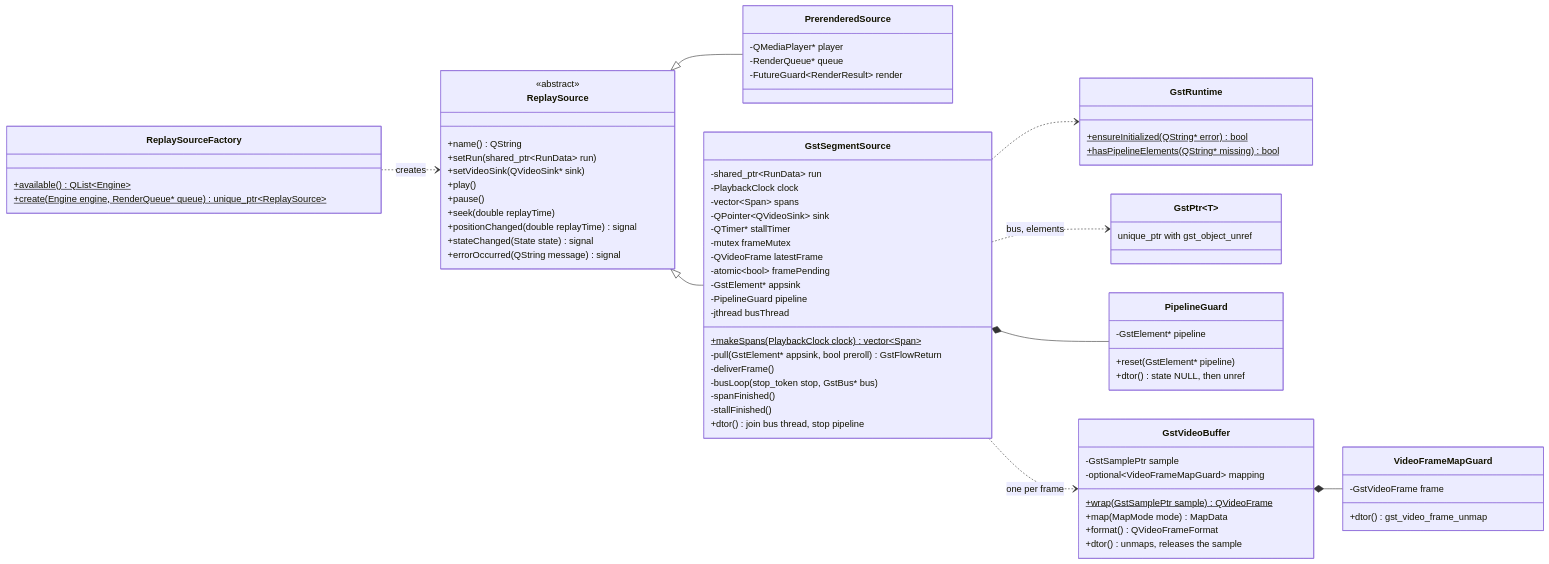
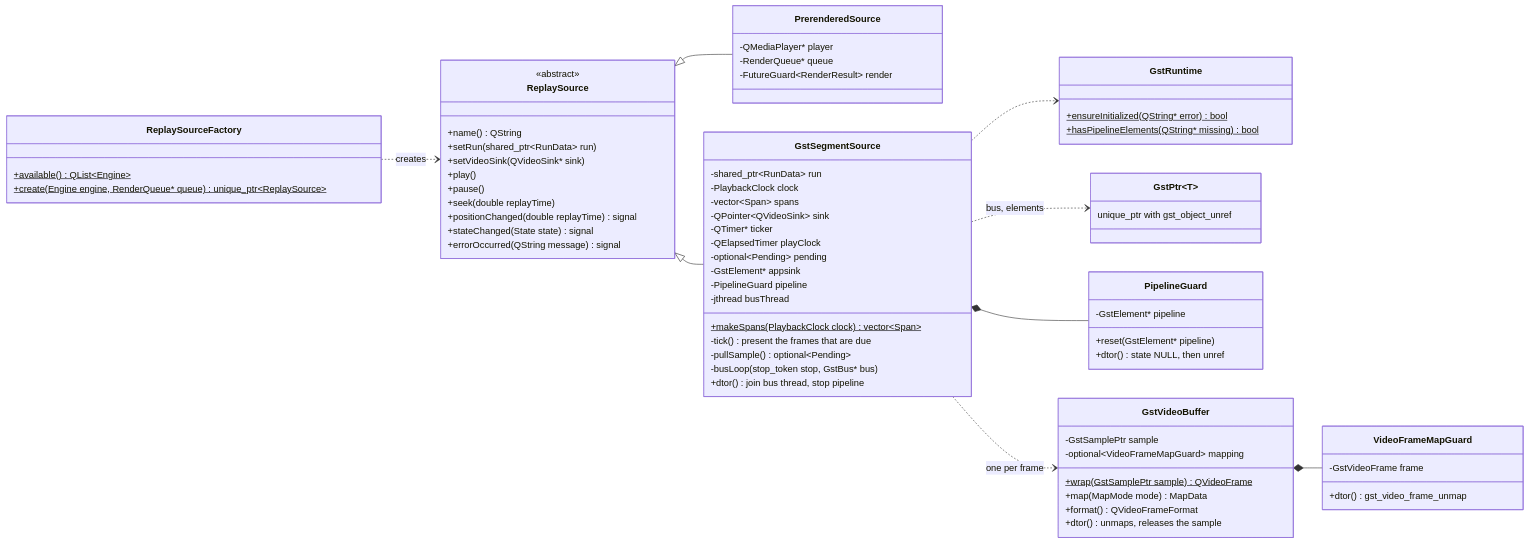
One commit to muhammadadeelzahid/replay-lab changed the second of 4 diagrams in docs/diagrams.md. Above: the diagram before and after it, drawn with Mermaid. The commit also changed other lines of this file and 32 other files, not shown here.

````diff
--- a/docs/diagrams.md
+++ b/docs/diagrams.md
@@ -201,78 +201,76 @@
 ```mermaid
 classDiagram
   direction LR
 
   class ReplaySource {
     <<abstract>>
     +name() QString
     +setRun(shared_ptr~RunData~ run)
     +setVideoSink(QVideoSink* sink)
     +play()
     +pause()
     +seek(double replayTime)
     +positionChanged(double replayTime) signal
     +stateChanged(State state) signal
     +errorOccurred(QString message) signal
   }
   class PrerenderedSource {
     -QMediaPlayer* player
     -RenderQueue* queue
     -FutureGuard~RenderResult~ render
   }
   class GstSegmentSource {
     -shared_ptr~RunData~ run
     -PlaybackClock clock
     -vector~Span~ spans
     -QPointer~QVideoSink~ sink
-    -QTimer* stallTimer
-    -mutex frameMutex
-    -QVideoFrame latestFrame
-    -atomic~bool~ framePending
+    -QTimer* ticker
+    -QElapsedTimer playClock
+    -optional~Pending~ pending
     -GstElement* appsink
     -PipelineGuard pipeline
     -jthread busThread
     +makeSpans(PlaybackClock clock)$ vector~Span~
-    -pull(GstElement* appsink, bool preroll) GstFlowReturn
-    -deliverFrame()
+    -tick() present the frames that are due
+    -pullSample() optional~Pending~
     -busLoop(stop_token stop, GstBus* bus)
-    -spanFinished()
-    -stallFinished()
     +dtor() join bus thread, stop pipeline
   }
+
   class ReplaySourceFactory {
     +available()$ QList~Engine~
     +create(Engine engine, RenderQueue* queue)$ unique_ptr~ReplaySource~
   }
   class GstRuntime {
     +ensureInitialized(QString* error)$ bool
     +hasPipelineElements(QString* missing)$ bool
   }
   class GstPtr~T~ {
     unique_ptr with gst_object_unref
   }
   class PipelineGuard {
     -GstElement* pipeline
     +reset(GstElement* pipeline)
     +dtor() state NULL, then unref
   }
   class GstVideoBuffer {
     -GstSamplePtr sample
     -optional~VideoFrameMapGuard~ mapping
     +wrap(GstSamplePtr sample)$ QVideoFrame
     +map(MapMode mode) MapData
     +format() QVideoFrameFormat
     +dtor() unmaps, releases the sample
   }
   class VideoFrameMapGuard {
     -GstVideoFrame frame
     +dtor() gst_video_frame_unmap
   }
   ReplaySource <|-- PrerenderedSource
   ReplaySource <|-- GstSegmentSource
   ReplaySourceFactory ..> ReplaySource : creates
   GstSegmentSource ..> GstRuntime
   GstSegmentSource *-- PipelineGuard
   GstSegmentSource ..> GstVideoBuffer : one per frame
   GstVideoBuffer *-- VideoFrameMapGuard
   GstSegmentSource ..> GstPtr : bus, elements
 ```
````
